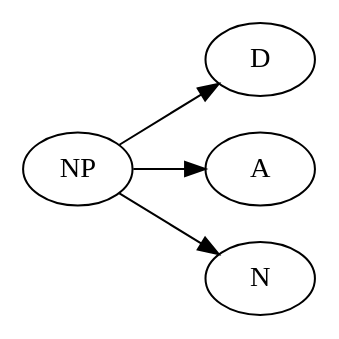
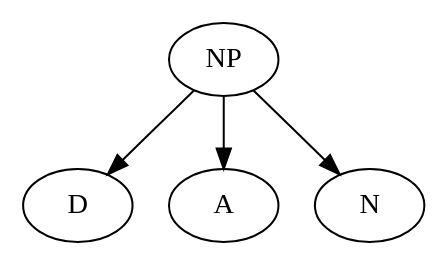
One commit to findcoo/englab changed the second of 5 diagrams in README.org. Above: the diagram before and after it, drawn with Graphviz. The commit also changed other lines of this file and 6 other files, not shown here.

```diff
--- a/README.org
+++ b/README.org
@@ -73,8 +71,5 @@
   #+BEGIN_SRC dot :file images/noun-phrase2.svg :exports results
 digraph NounPhrase2 {
-rankdir=LR;
-NP -> D;
-NP -> A;
-NP -> N;
+NP -> {D A N};
 }
   #+END_SRC
```
